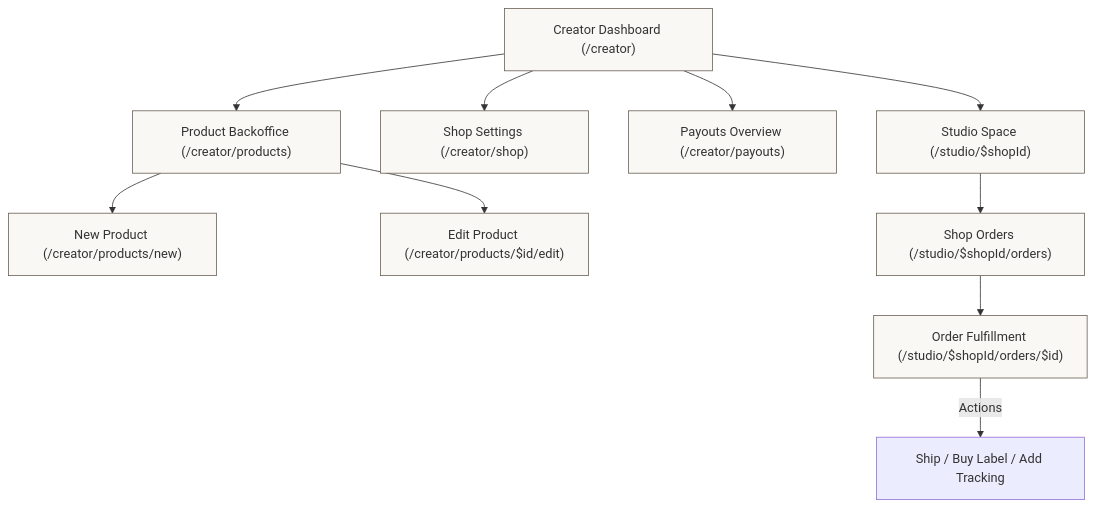
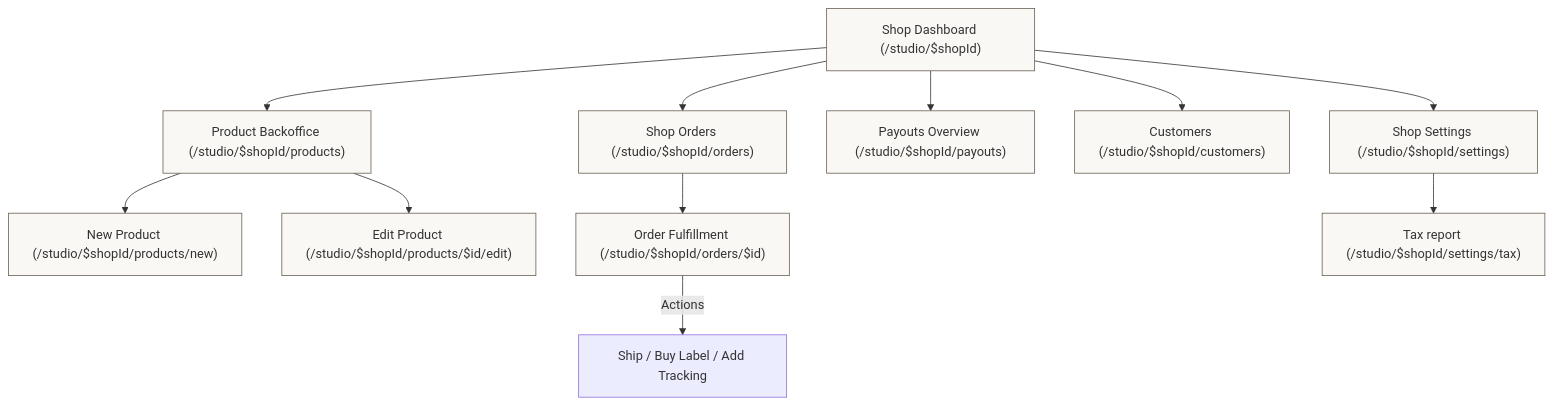
Before and after one commit to JoeriKaiser/eurtisan: the fourth of 7 diagrams in docs/user_flow.md, drawn with Mermaid. The commit also changed 162 other files, not shown here.

First line of the commit message:
feat(studio): migrate creator routes to studio and align design tokens (#33)

````diff
--- a/docs/user_flow.md
+++ b/docs/user_flow.md
@@ -109,17 +109,18 @@
 ```mermaid
 graph TD
     classDef route fill:#faf8f5,stroke:#6b6054,stroke-width:1px;
 
-    Dashboard["Creator Dashboard (/creator)"]:::route --> Products["Product Backoffice (/creator/products)"]:::route
-    Dashboard --> Settings["Shop Settings (/creator/shop)"]:::route
-    Dashboard --> Payouts["Payouts Overview (/creator/payouts)"]:::route
-    Dashboard --> Studio["Studio Space (/studio/$shopId)"]:::route
+    Studio["Shop Dashboard (/studio/$shopId)"]:::route --> Products["Product Backoffice (/studio/$shopId/products)"]:::route
+    Studio --> Settings["Shop Settings (/studio/$shopId/settings)"]:::route
+    Studio --> Payouts["Payouts Overview (/studio/$shopId/payouts)"]:::route
+    Studio --> Customers["Customers (/studio/$shopId/customers)"]:::route
 
-    Products --> NewProd["New Product (/creator/products/new)"]:::route
-    Products --> EditProd["Edit Product (/creator/products/$id/edit)"]:::route
+    Products --> NewProd["New Product (/studio/$shopId/products/new)"]:::route
+    Products --> EditProd["Edit Product (/studio/$shopId/products/$id/edit)"]:::route
 
     Studio --> ShopOrders["Shop Orders (/studio/$shopId/orders)"]:::route
     ShopOrders --> OrderDetail["Order Fulfillment (/studio/$shopId/orders/$id)"]:::route
+    Settings --> Tax["Tax report (/studio/$shopId/settings/tax)"]:::route
 
     OrderDetail -->|Actions| Fulfill[Ship / Buy Label / Add Tracking]
 ```
````
